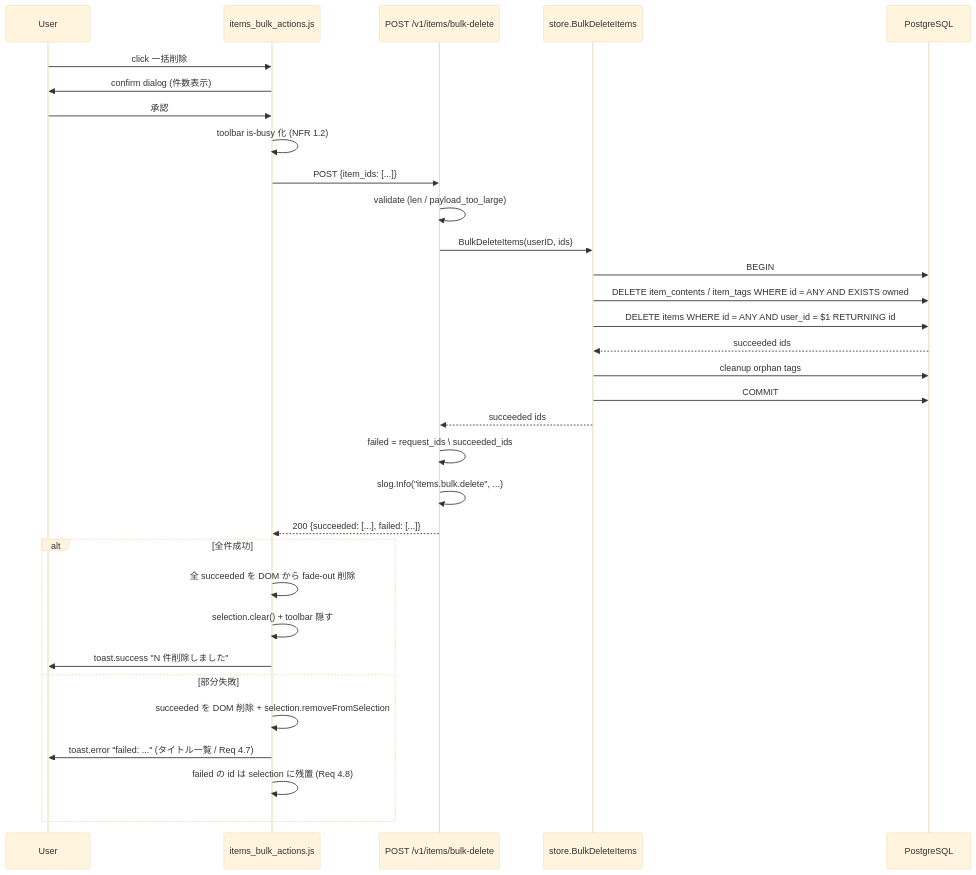
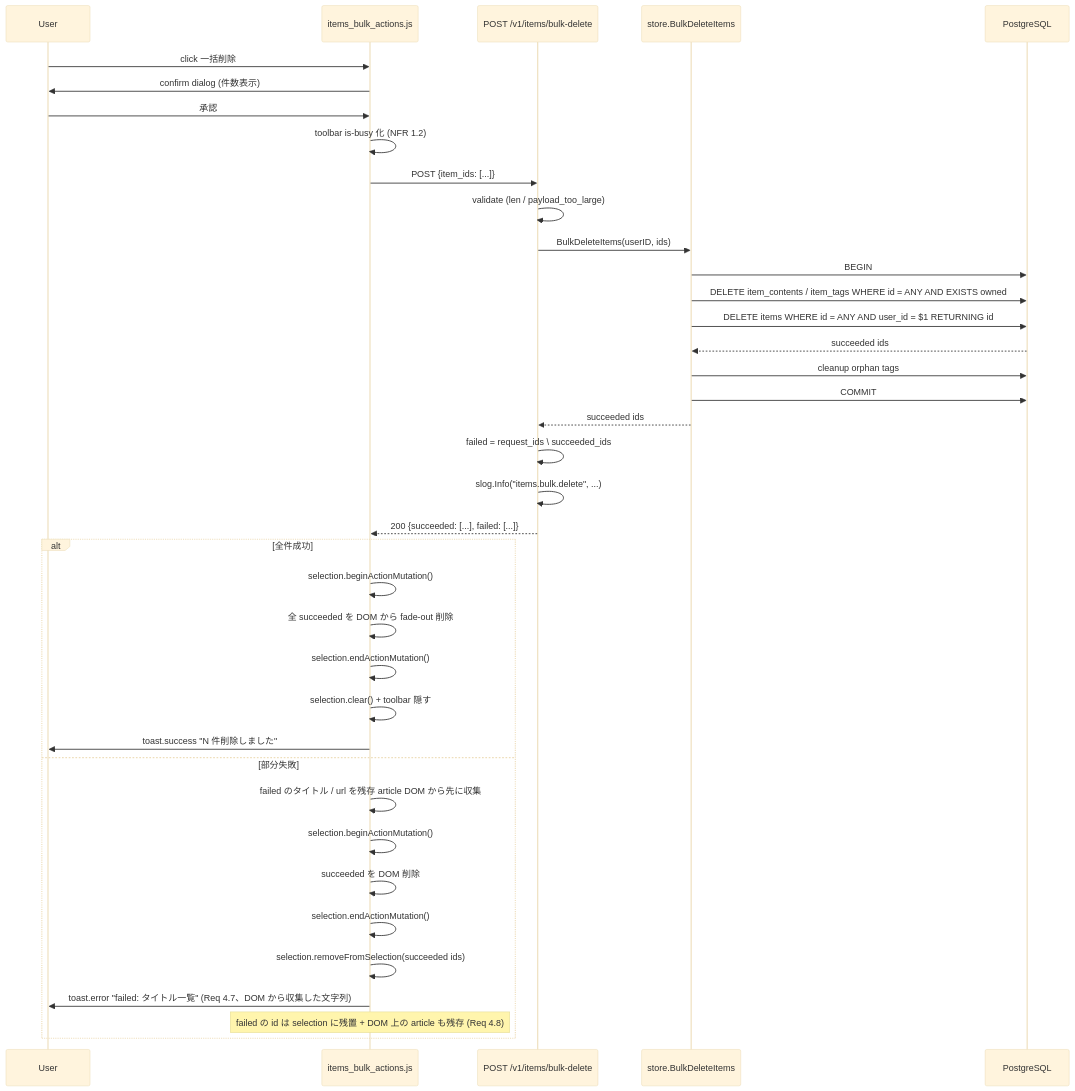
The third of 3 diagrams in docs/specs/118-issue/design.md (hitoshiichikawa/altpocket-server), drawn with Mermaid (base theme) before and after one commit. The commit also changed other lines of this file and 1 other file, not shown here.

````diff
--- a/docs/specs/118-issue/design.md
+++ b/docs/specs/118-issue/design.md
@@ -599,35 +656,41 @@
 ```mermaid
 sequenceDiagram
   participant U as User
   participant UI as items_bulk_actions.js
   participant API as POST /v1/items/bulk-delete
   participant ST as store.BulkDeleteItems
   participant DB as PostgreSQL
 
   U->>UI: click 一括削除
   UI->>U: confirm dialog (件数表示)
   U->>UI: 承認
   UI->>UI: toolbar is-busy 化 (NFR 1.2)
   UI->>API: POST {item_ids: [...]}
   API->>API: validate (len / payload_too_large)
   API->>ST: BulkDeleteItems(userID, ids)
   ST->>DB: BEGIN
   ST->>DB: DELETE item_contents / item_tags WHERE id = ANY AND EXISTS owned
   ST->>DB: DELETE items WHERE id = ANY AND user_id = $1 RETURNING id
   DB-->>ST: succeeded ids
   ST->>DB: cleanup orphan tags
   ST->>DB: COMMIT
   ST-->>API: succeeded ids
   API->>API: failed = request_ids \ succeeded_ids
   API->>API: slog.Info("items.bulk.delete", ...)
   API-->>UI: 200 {succeeded: [...], failed: [...]}
   alt 全件成功
+    UI->>UI: selection.beginActionMutation()
     UI->>UI: 全 succeeded を DOM から fade-out 削除
+    UI->>UI: selection.endActionMutation()
     UI->>UI: selection.clear() + toolbar 隠す
     UI->>U: toast.success "N 件削除しました"
   else 部分失敗
-    UI->>UI: succeeded を DOM 削除 + selection.removeFromSelection
-    UI->>U: toast.error "failed: ..." (タイトル一覧 / Req 4.7)
-    UI->>UI: failed の id は selection に残置 (Req 4.8)
+    UI->>UI: failed のタイトル / url を残存 article DOM から先に収集
+    UI->>UI: selection.beginActionMutation()
+    UI->>UI: succeeded を DOM 削除
+    UI->>UI: selection.endActionMutation()
+    UI->>UI: selection.removeFromSelection(succeeded ids)
+    UI->>U: toast.error "failed: タイトル一覧" (Req 4.7、DOM から収集した文字列)
+    Note over UI: failed の id は selection に残置 + DOM 上の article も残存 (Req 4.8)
   end
 ```
````
